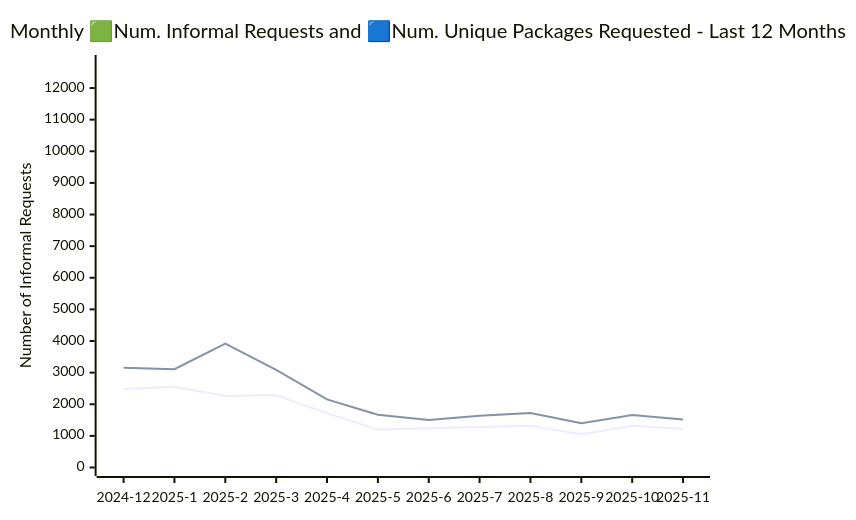
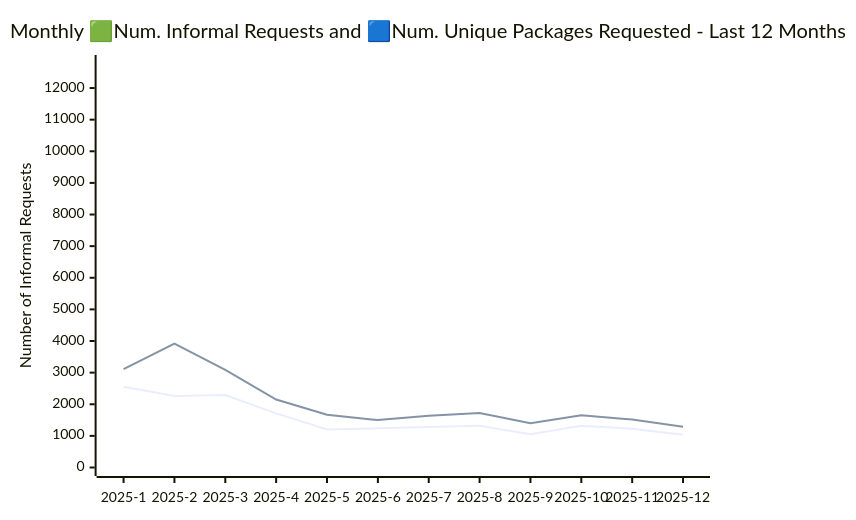
One commit to open-data/analytics-corporate-reporting changed the diagram in ATI_INFORMAL_REPORT/readme.md. Above: the diagram before and after it, drawn with Mermaid. The commit also changed other lines of this file and 5 other files, not shown here.

````diff
--- a/ATI_INFORMAL_REPORT/readme.md
+++ b/ATI_INFORMAL_REPORT/readme.md
@@ -17,11 +17,11 @@
 ```mermaid
 
 xychart-beta
     title "Monthly 🟩Num. Informal Requests and 🟦Num. Unique Packages Requested - Last 12 Months"
-    x-axis [2024-12, 2025-1, 2025-2, 2025-3, 2025-4, 2025-5, 2025-6, 2025-7, 2025-8, 2025-9, 2025-10, 2025-11]
+    x-axis [2025-1, 2025-2, 2025-3, 2025-4, 2025-5, 2025-6, 2025-7, 2025-8, 2025-9, 2025-10, 2025-11, 2025-12]
     y-axis "Unique Packages" 0 --> 10092
     y-axis "Number of Informal Requests" 0 --> 12776
 
-    line [2479, 2551, 2259, 2289, 1711, 1201, 1240, 1283, 1321, 1051, 1321, 1223]
-    line [3151, 3108, 3916, 3088, 2153, 1666, 1499, 1635, 1720, 1397, 1657, 1516]
+    line [2551, 2259, 2289, 1710, 1201, 1240, 1283, 1321, 1051, 1320, 1223, 1039]
+    line [3108, 3916, 3088, 2150, 1666, 1499, 1635, 1720, 1397, 1655, 1516, 1287]
 ```
````
